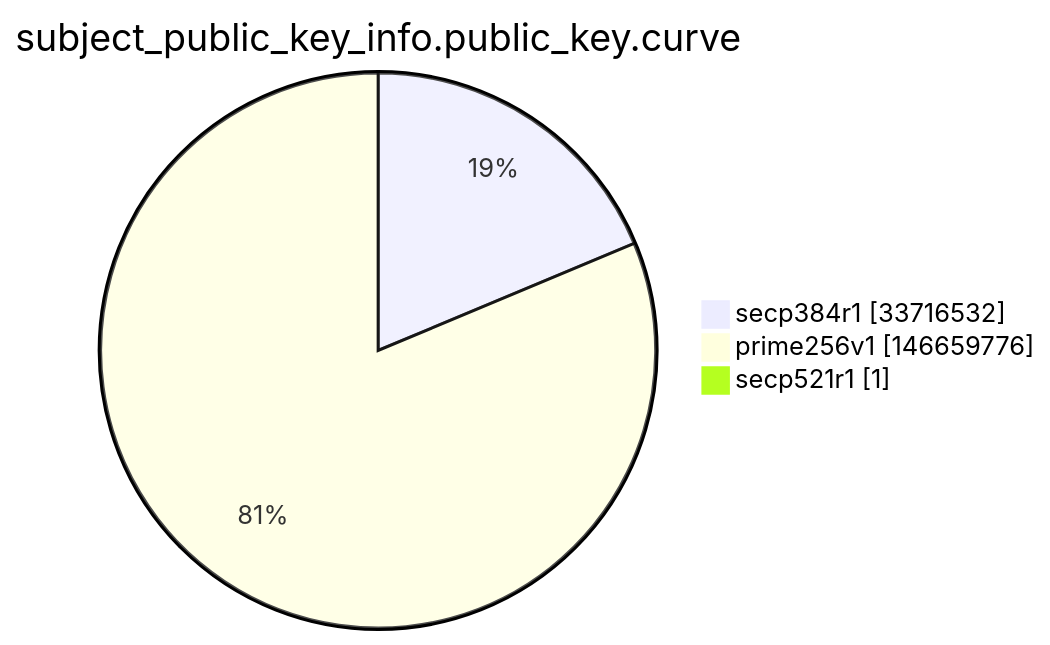
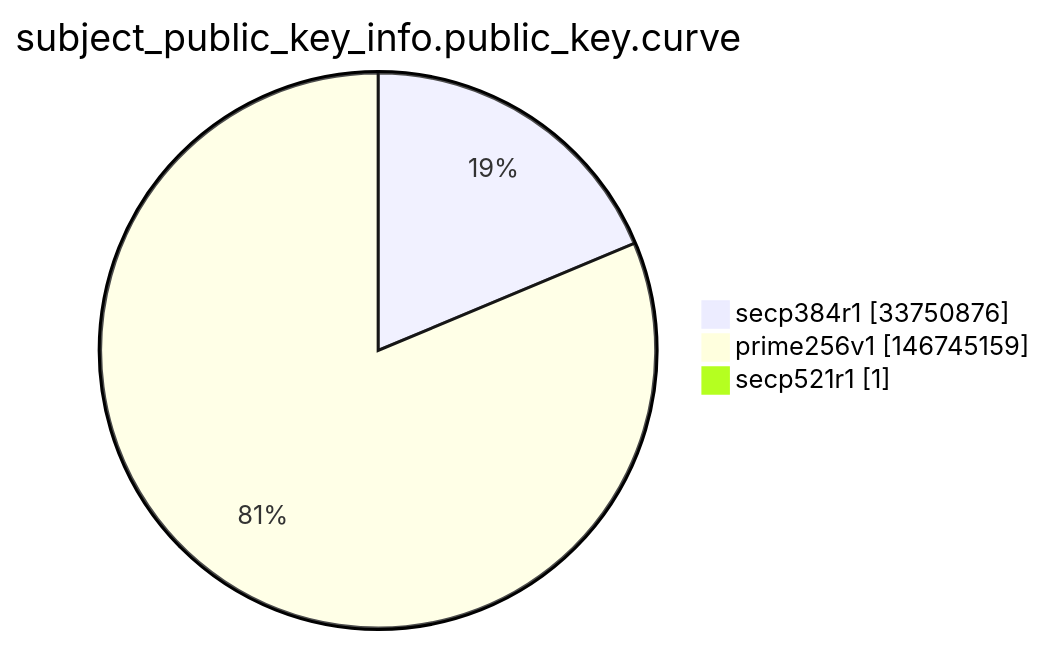
The ninth of 15 diagrams in argon2022/README.md (christiankrug/ctmonitor_visualization), drawn with Mermaid before and after one commit. The commit also changed other lines of this file, not shown here.

````diff
--- a/argon2022/README.md
+++ b/argon2022/README.md
@@ -2764,7 +2764,7 @@
 ```mermaid
 pie showData
 title subject_public_key_info.public_key.curve
-"secp384r1" :33716532
-"prime256v1" :146659776
+"secp384r1" :33750876
+"prime256v1" :146745159
 "secp521r1" :1
 ```
````
